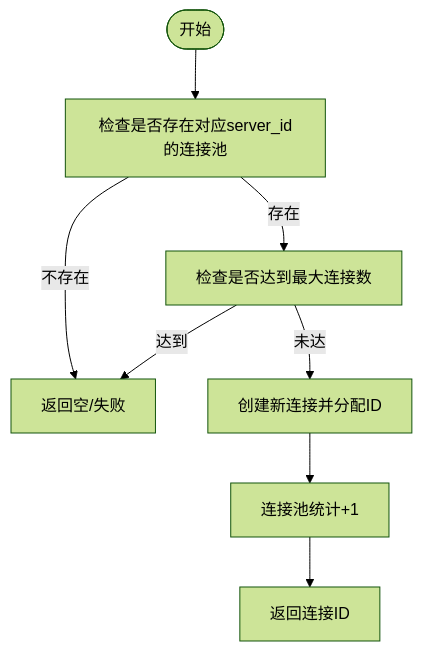
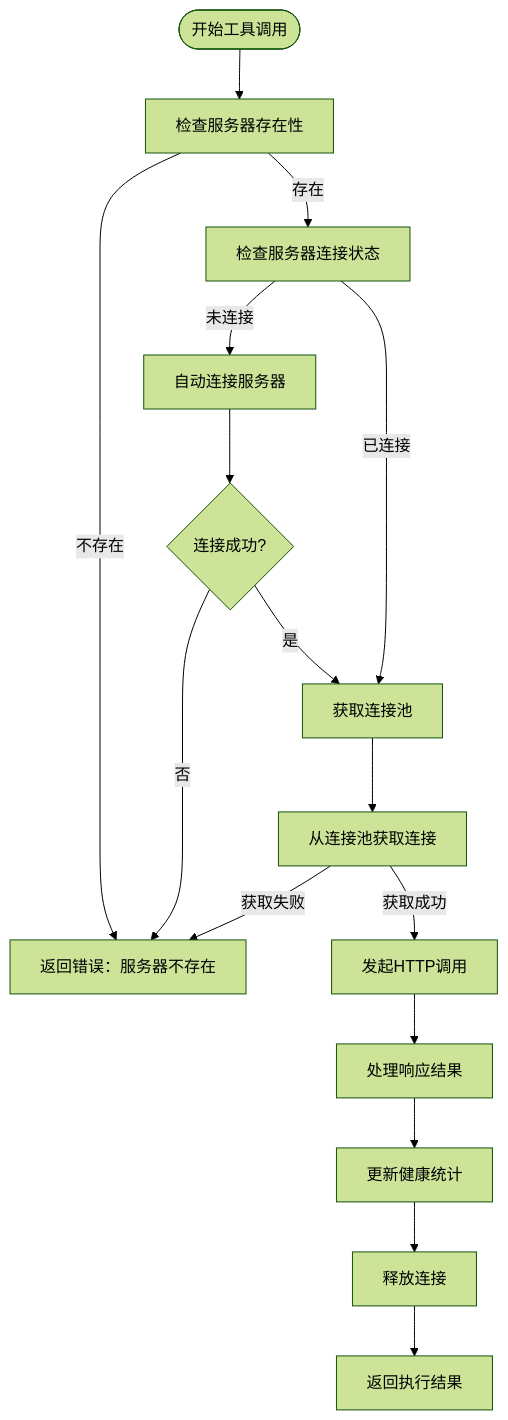
Before and after one commit to inier/ontology-graphiti: the fourth of 8 diagrams in .qoder/repowiki/zh/content/后端服务/业务领域服务/集成服务/MCP协议适配器.md, drawn with Mermaid (forest theme). The commit also changed other lines of this file and 8 other files, not shown here.

````diff
--- a/.qoder/repowiki/zh/content/后端服务/业务领域服务/集成服务/MCP协议适配器.md
+++ b/.qoder/repowiki/zh/content/后端服务/业务领域服务/集成服务/MCP协议适配器.md
@@ -156,10 +223,18 @@
 ```mermaid
 flowchart TD
-Start(["开始"]) --> CheckPool["检查是否存在对应server_id的连接池"]
-CheckPool --> |不存在| ReturnNone["返回空/失败"]
-CheckPool --> |存在| CheckLimit["检查是否达到最大连接数"]
-CheckLimit --> |达到| ReturnNone
-CheckLimit --> |未达| CreateConn["创建新连接并分配ID"]
-CreateConn --> AddToPool["连接池统计+1"]
-AddToPool --> ReturnId["返回连接ID"]
+Start(["开始工具调用"]) --> CheckServer["检查服务器存在性"]
+CheckServer --> |不存在| ReturnError["返回错误：服务器不存在"]
+CheckServer --> |存在| CheckStatus["检查服务器连接状态"]
+CheckStatus --> |未连接| AutoConnect["自动连接服务器"]
+AutoConnect --> ConnectSuccess{"连接成功?"}
+ConnectSuccess --> |否| ReturnError
+ConnectSuccess --> |是| GetPool["获取连接池"]
+CheckStatus --> |已连接| GetPool
+GetPool --> AcquireConn["从连接池获取连接"]
+AcquireConn --> |获取失败| ReturnError
+AcquireConn --> |获取成功| MakeCall["发起HTTP调用"]
+MakeCall --> HandleResponse["处理响应结果"]
+HandleResponse --> UpdateHealth["更新健康统计"]
+UpdateHealth --> ReleaseConn["释放连接"]
+ReleaseConn --> ReturnResult["返回执行结果"]
 ```
````
